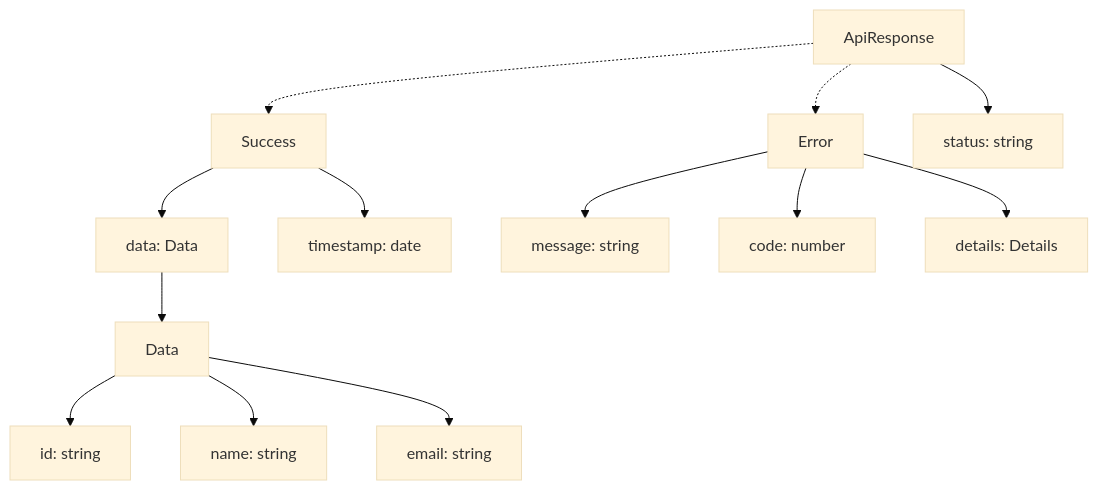
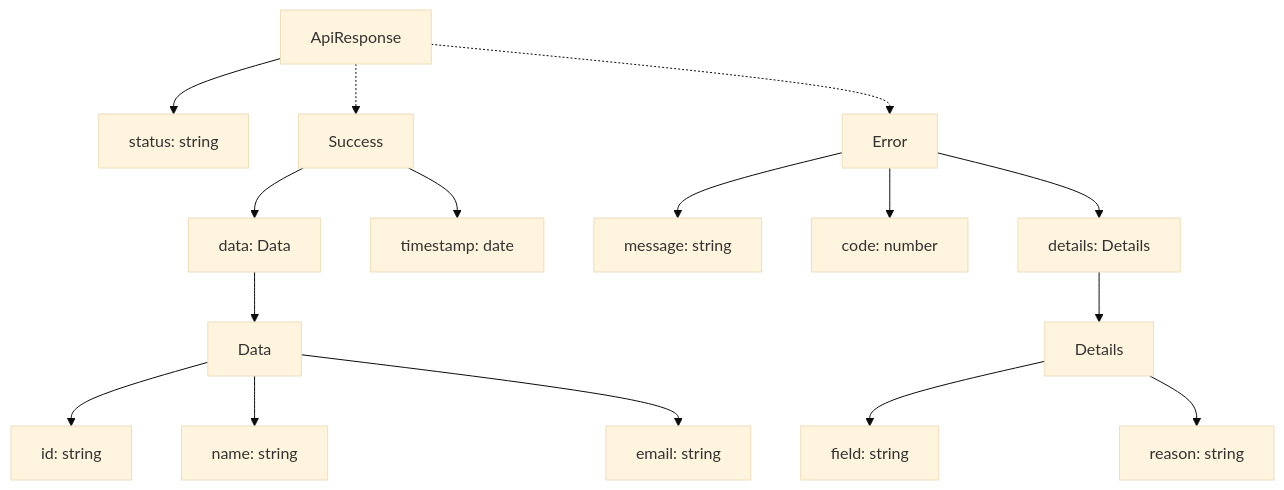
One commit to kothar/zod-mermaid changed the tenth of 19 diagrams in examples/mermaid-examples.md. Above: the diagram before and after it, drawn with Mermaid (base theme). The commit also changed other lines of this file and 21 other files, not shown here.

Commit message:
fix: correct Mermaid syntax and expand Zod type support (#5)

````diff
--- a/examples/mermaid-examples.md
+++ b/examples/mermaid-examples.md
@@ -301,28 +311,34 @@
 ```mermaid
 flowchart TD
     ApiResponse["ApiResponse"]
+    ApiResponse_status["status: string"]
+    ApiResponse --> ApiResponse_status
     Success["Success"]
+    Success_data["data: Data"]
+    Success --> Success_data
+    Success_data --> Data
+    Success_timestamp["timestamp: date"]
+    Success --> Success_timestamp
     Data["Data"]
+    Data_id["id: string"]
+    Data --> Data_id
+    Data_name["name: string"]
+    Data --> Data_name
+    Data_email["email: string"]
+    Data --> Data_email
     Error["Error"]
-    ApiResponse_status["status: string"]
-    ApiResponse --> ApiResponse_status["status: string"]
-    Success_data["data: Data"]
-    Success --> Success_data["data: Data"]
-    Success_data["data: Data"] --> Data
-    Success_timestamp["timestamp: date"]
-    Success --> Success_timestamp["timestamp: date"]
-    Data_id["id: string"]
-    Data --> Data_id["id: string"]
-    Data_name["name: string"]
-    Data --> Data_name["name: string"]
-    Data_email["email: string"]
-    Data --> Data_email["email: string"]
     Error_message["message: string"]
-    Error --> Error_message["message: string"]
+    Error --> Error_message
     Error_code["code: number"]
-    Error --> Error_code["code: number"]
+    Error --> Error_code
     Error_details["details: Details"]
-    Error --> Error_details["details: Details"]
+    Error --> Error_details
+    Error_details --> Details
+    Details["Details"]
+    Details_field["field: string"]
+    Details --> Details_field
+    Details_reason["reason: string"]
+    Details --> Details_reason
     ApiResponse -.-> Success
     ApiResponse -.-> Error
 ```
````
